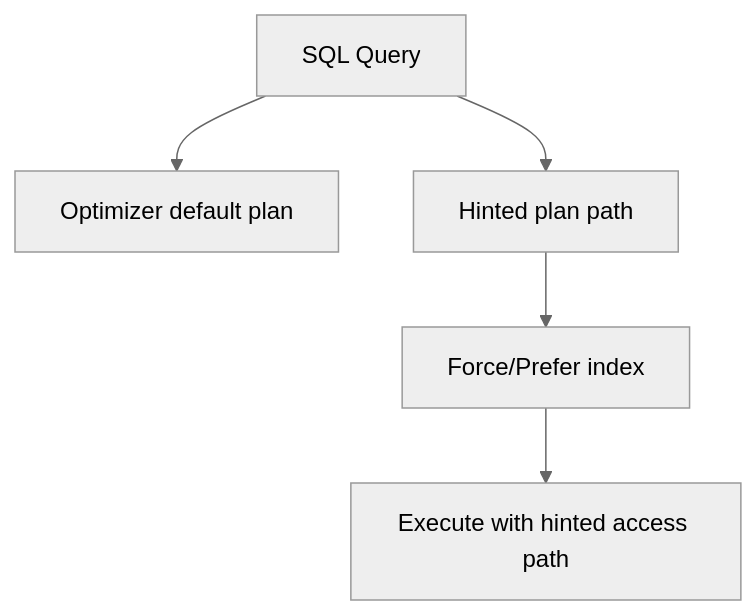
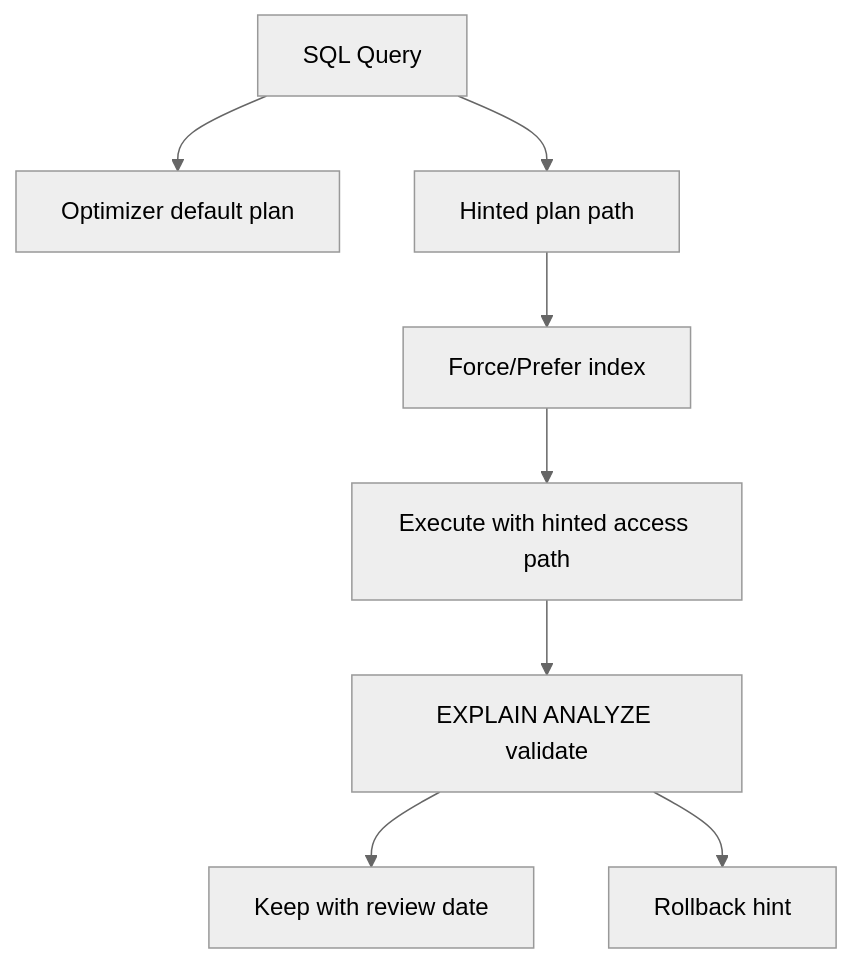
Diagram 18 of 54 in posts/cs/Database.md (kimmandoo/blog), drawn with Mermaid (neutral theme) before and after one commit. The commit also changed other lines of this file, not shown here.

````diff
--- a/posts/cs/Database.md
+++ b/posts/cs/Database.md
@@ -596,7 +632,10 @@
 ```mermaid
 flowchart TD
   Q[SQL Query] --> OPT[Optimizer default plan]
   Q --> H[Hinted plan path]
   H --> IDX["Force/Prefer index"]
   IDX --> EXEC[Execute with hinted access path]
+  EXEC --> CHECK["EXPLAIN ANALYZE validate"]
+  CHECK --> KEEP["Keep with review date"]
+  CHECK --> DROP["Rollback hint"]
 ```
````
